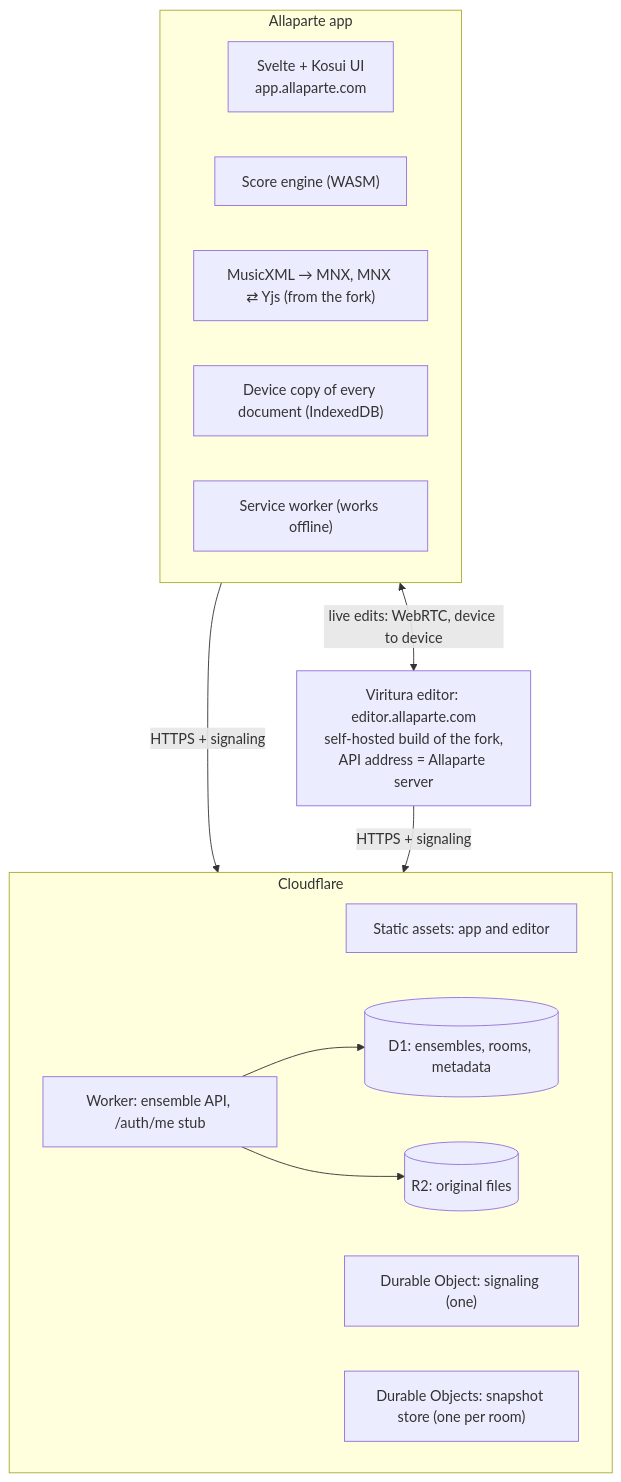
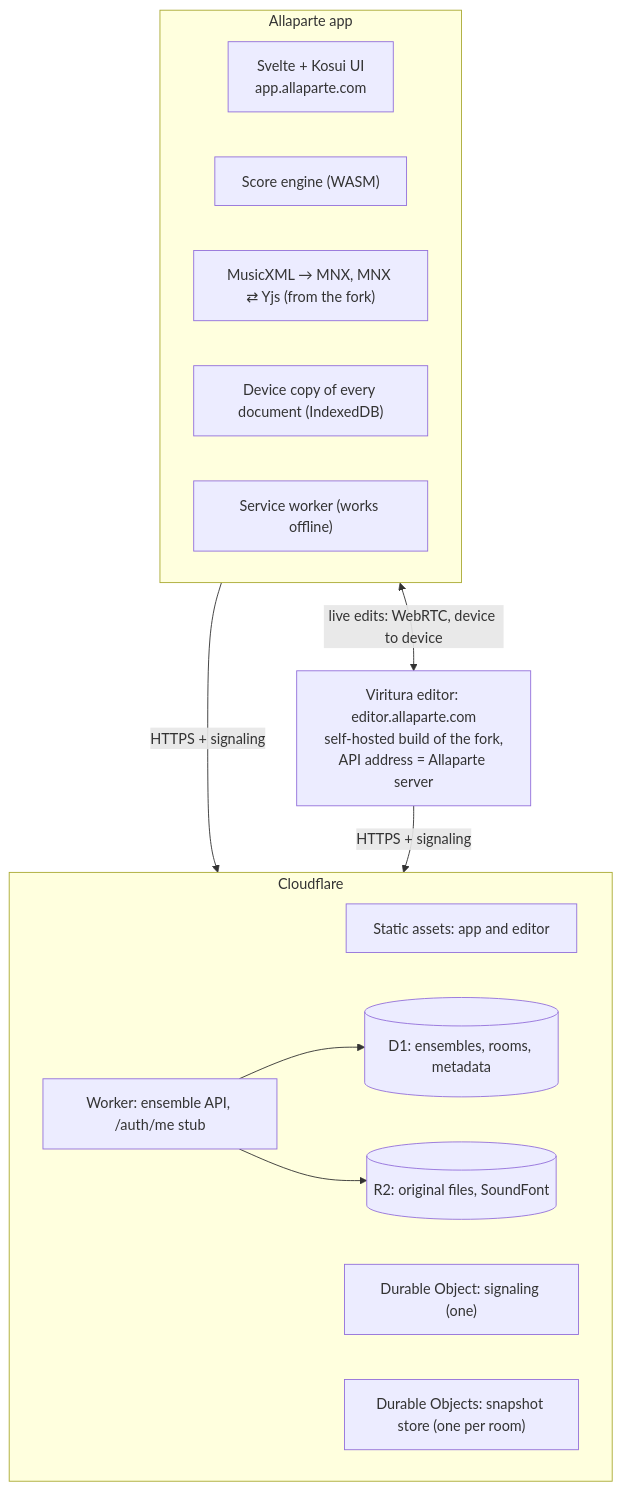
Before and after one commit to kosolabs/allaparte: the diagram in docs/design.md, drawn with Mermaid. The commit also changed other lines of this file and 6 other files, not shown here.

````diff
--- a/docs/design.md
+++ b/docs/design.md
@@ -216,27 +216,27 @@
 ```mermaid
 flowchart TB
   subgraph Device["Allaparte app"]
     UI["Svelte + Kosui UI<br/>app.allaparte.com"]
     Engine["Score engine (WASM)"]
     Convert["MusicXML → MNX, MNX ⇄ Yjs (from the fork)"]
     Local["Device copy of every document (IndexedDB)"]
     Offline["Service worker (works offline)"]
   end
 
   Editor["Viritura editor: editor.allaparte.com<br/>self-hosted build of the fork,<br/>API address = Allaparte server"]
 
   subgraph Cloudflare
     Static["Static assets: app and editor"]
     Worker["Worker: ensemble API, /auth/me stub"]
     Signaling["Durable Object: signaling (one)"]
     Snapshots["Durable Objects: snapshot store (one per room)"]
     D1[("D1: ensembles, rooms, metadata")]
-    R2[("R2: original files")]
+    R2[("R2: original files, SoundFont")]
   end
 
   Device <-->|"live edits: WebRTC, device to device"| Editor
   Device -->|"HTTPS + signaling"| Cloudflare
   Editor -->|"HTTPS + signaling"| Cloudflare
   Worker --> D1
   Worker --> R2
 ```
````
